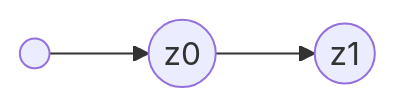
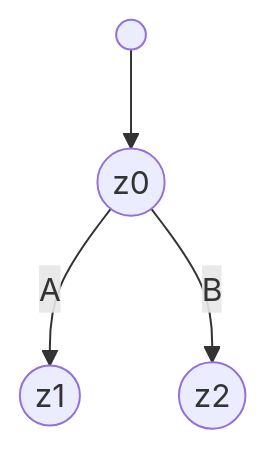
One commit to noluyorAbi/quartzDeployment changed the first of 3 diagrams in content/4.Semester/Informatik/FSK/FSK-ÜB/ÜB 2/FSK-ÜB-2.md. Above: the diagram before and after it, drawn with Mermaid. The commit also changed other lines of this file, not shown here.

````diff
--- a/content/4.Semester/Informatik/FSK/FSK-ÜB/ÜB 2/FSK-ÜB-2.md
+++ b/content/4.Semester/Informatik/FSK/FSK-ÜB/ÜB 2/FSK-ÜB-2.md
@@ -121,5 +122,7 @@
 ```mermaid
-flowchart LR
+flowchart TB
 	id1(( )) --> id2((z0)) 
-	id2((z0)) --> id3((z1)) 
+	id2((z0)) --A--> id3((z1))
+		 
+	id2((z0)) --B--> id4((z2)) 
 ```
````
